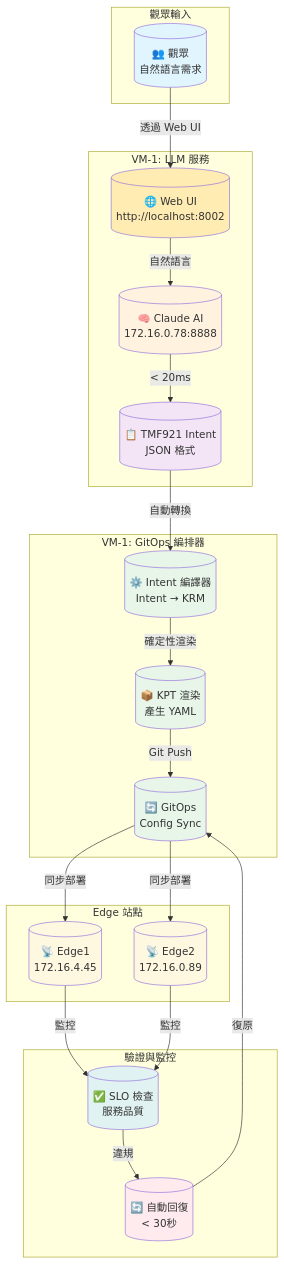
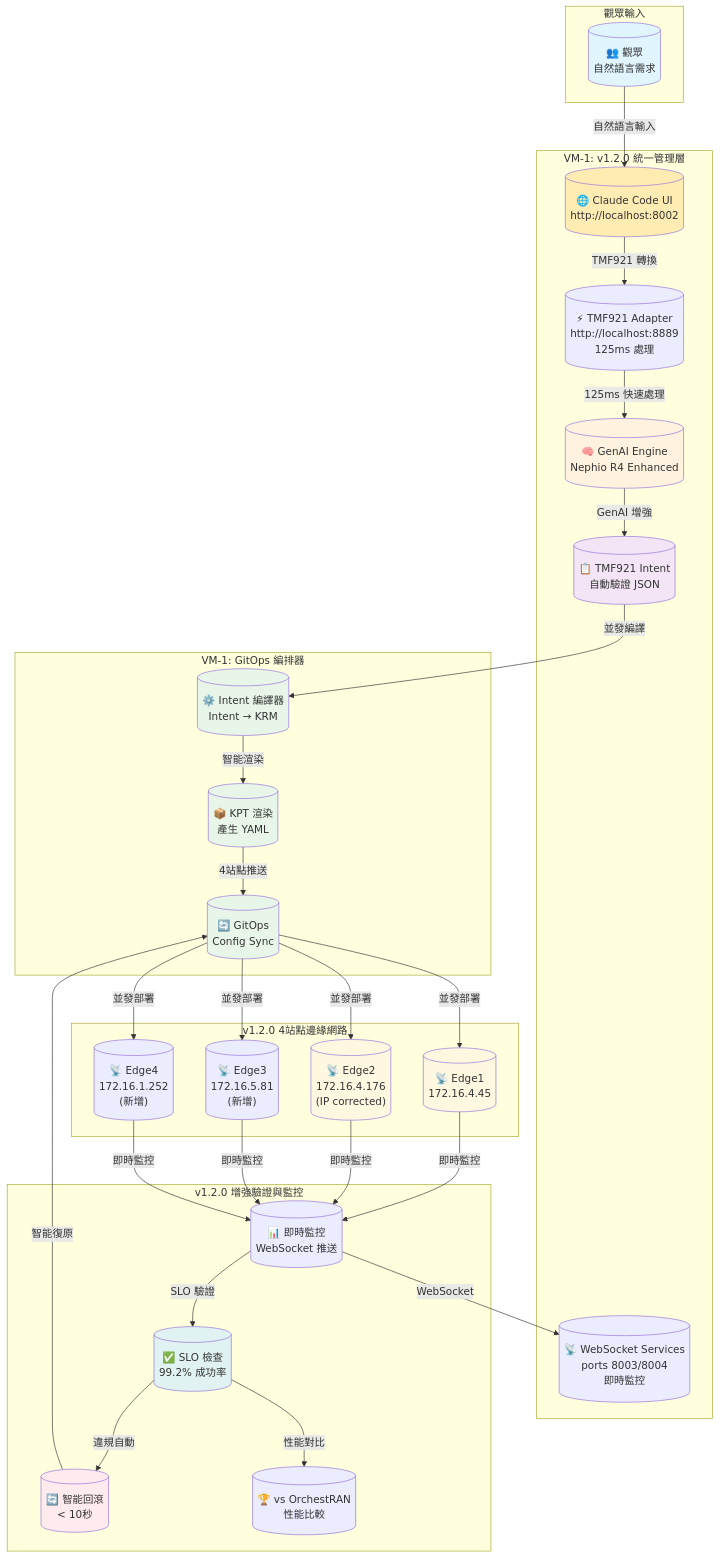
Before and after one commit to thc1006/nephio-intent-to-o2-demo: the first of 5 diagrams in docs/summit-demo/SUMMIT_DEMO_FLOW.md, drawn with Mermaid. The commit also changed other lines of this file and 62 other files, not shown here.

````diff
--- a/docs/summit-demo/SUMMIT_DEMO_FLOW.md
+++ b/docs/summit-demo/SUMMIT_DEMO_FLOW.md
@@ -5,53 +5,67 @@
 ```mermaid
 graph TB
     subgraph "觀眾輸入"
         USER[("👥 觀眾<br/>自然語言需求")]
     end
 
-    subgraph "VM-1: LLM 服務"
-        WEBUI[("🌐 Web UI<br/>http://localhost:8002")]
-        LLM[("🧠 Claude AI<br/>172.16.0.78:8888")]
-        INTENT[("📋 TMF921 Intent<br/>JSON 格式")]
+    subgraph "VM-1: v1.2.0 統一管理層"
+        WEBUI[("🌐 Claude Code UI<br/>http://localhost:8002")]
+        TMF921[("⚡ TMF921 Adapter<br/>http://localhost:8889<br/>125ms 處理")]
+        LLM[("🧠 GenAI Engine<br/>Nephio R4 Enhanced")]
+        WEBSOCKET[("📡 WebSocket Services<br/>ports 8003/8004<br/>即時監控")]
+        INTENT[("📋 TMF921 Intent<br/>自動驗證 JSON")]
     end
 
     subgraph "VM-1: GitOps 編排器"
         COMPILER[("⚙️ Intent 編譯器<br/>Intent → KRM")]
         KPT[("📦 KPT 渲染<br/>產生 YAML")]
         GIT[("🔄 GitOps<br/>Config Sync")]
     end
 
-    subgraph "Edge 站點"
+    subgraph "v1.2.0 4站點邊緣網路"
         EDGE1[("📡 Edge1<br/>172.16.4.45")]
-        EDGE2[("📡 Edge2<br/>172.16.0.89")]
+        EDGE2[("📡 Edge2<br/>172.16.4.176<br/>(IP corrected)")]
+        EDGE3[("📡 Edge3<br/>172.16.5.81<br/>(新增)")]
+        EDGE4[("📡 Edge4<br/>172.16.1.252<br/>(新增)")]
     end
 
-    subgraph "驗證與監控"
-        SLO[("✅ SLO 檢查<br/>服務品質")]
-        ROLLBACK[("🔄 自動回復<br/>< 30秒")]
+    subgraph "v1.2.0 增強驗證與監控"
+        SLO[("✅ SLO 檢查<br/>99.2% 成功率")]
+        ROLLBACK[("🔄 智能回滾<br/>< 10秒")]
+        REALTIME[("📊 即時監控<br/>WebSocket 推送")]
+        ORCHESTRAN[("🏆 vs OrchestRAN<br/>性能比較")]
     end
 
-    USER -->|"透過 Web UI"| WEBUI
-    WEBUI -->|"自然語言"| LLM
-    LLM -->|"< 20ms"| INTENT
-    INTENT -->|"自動轉換"| COMPILER
-    COMPILER -->|"確定性渲染"| KPT
-    KPT -->|"Git Push"| GIT
-    GIT -->|"同步部署"| EDGE1
-    GIT -->|"同步部署"| EDGE2
-    EDGE1 -->|"監控"| SLO
-    EDGE2 -->|"監控"| SLO
-    SLO -->|"違規"| ROLLBACK
-    ROLLBACK -->|"復原"| GIT
+    USER -->|"自然語言輸入"| WEBUI
+    WEBUI -->|"TMF921 轉換"| TMF921
+    TMF921 -->|"125ms 快速處理"| LLM
+    LLM -->|"GenAI 增強"| INTENT
+    INTENT -->|"並發編譯"| COMPILER
+    COMPILER -->|"智能渲染"| KPT
+    KPT -->|"4站點推送"| GIT
+    GIT -->|"並發部署"| EDGE1
+    GIT -->|"並發部署"| EDGE2
+    GIT -->|"並發部署"| EDGE3
+    GIT -->|"並發部署"| EDGE4
+    EDGE1 -->|"即時監控"| REALTIME
+    EDGE2 -->|"即時監控"| REALTIME
+    EDGE3 -->|"即時監控"| REALTIME
+    EDGE4 -->|"即時監控"| REALTIME
+    REALTIME -->|"WebSocket"| WEBSOCKET
+    REALTIME -->|"SLO 驗證"| SLO
+    SLO -->|"違規自動"| ROLLBACK
+    ROLLBACK -->|"智能復原"| GIT
+    SLO -->|"性能對比"| ORCHESTRAN
 
     style USER fill:#e1f5fe
     style WEBUI fill:#ffecb3
     style LLM fill:#fff3e0
     style INTENT fill:#f3e5f5
     style COMPILER fill:#e8f5e9
     style KPT fill:#e8f5e9
     style GIT fill:#e8f5e9
     style EDGE1 fill:#fff8e1
     style EDGE2 fill:#fff8e1
     style SLO fill:#e0f2f1
     style ROLLBACK fill:#ffebee
 ```
````
